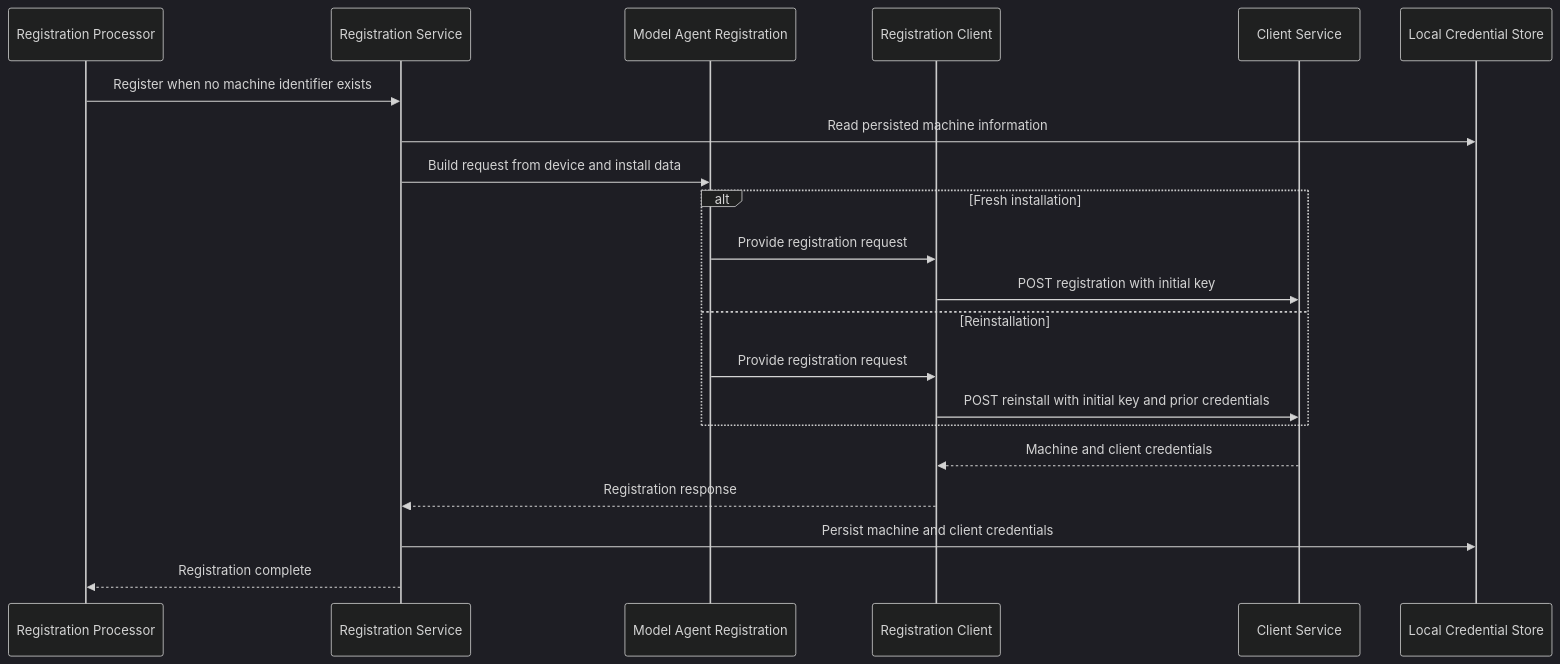
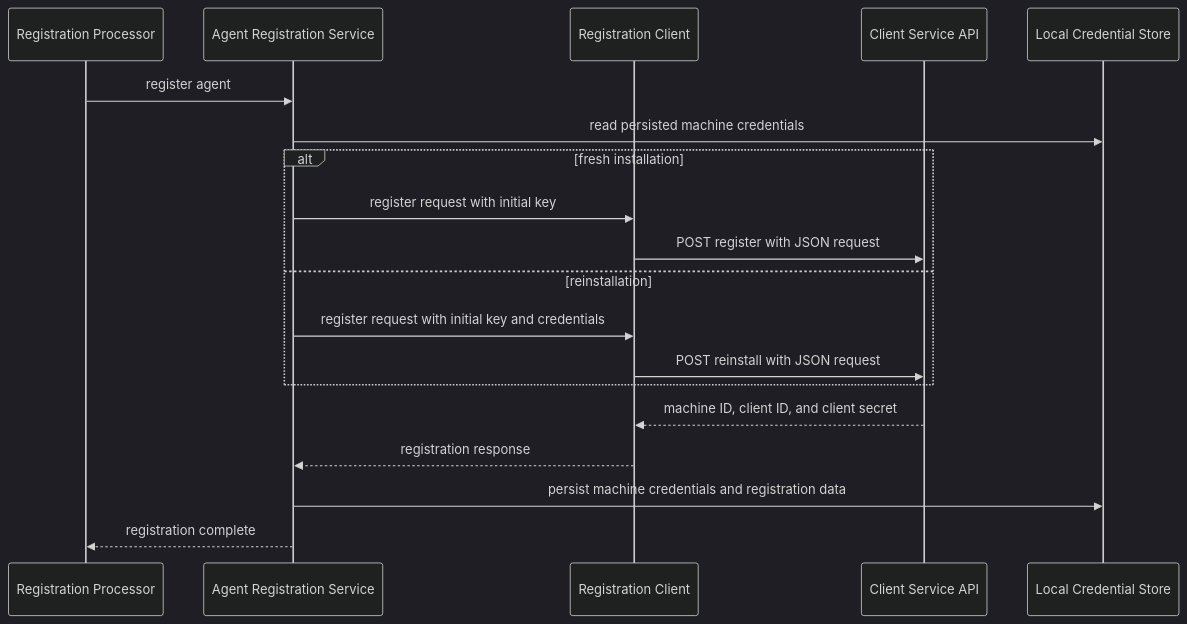
Before and after one commit to flamingo-stack/openframe-oss-tenant: the third of 4 diagrams in docs/reference/architecture/openframe-client-core/model-agent-registration/model-agent-registration.md, drawn with Mermaid (dark theme). The commit also changed other lines of this file and 2377 other files, not shown here.

````diff
--- a/docs/reference/architecture/openframe-client-core/model-agent-registration/model-agent-registration.md
+++ b/docs/reference/architecture/openframe-client-core/model-agent-registration/model-agent-registration.md
@@ -96,23 +80,21 @@
 ```mermaid
 sequenceDiagram
     participant Processor as Registration Processor
-    participant Service as Registration Service
-    participant Model as Model Agent Registration
+    participant Service as Agent Registration Service
     participant Client as Registration Client
-    participant Server as Client Service
+    participant Api as Client Service API
     participant Store as Local Credential Store
-    Processor->>Service: Register when no machine identifier exists
-    Service->>Store: Read persisted machine information
-    Service->>Model: Build request from device and install data
-    alt Fresh installation
-        Model->>Client: Provide registration request
-        Client->>Server: POST registration with initial key
-    else Reinstallation
-        Model->>Client: Provide registration request
-        Client->>Server: POST reinstall with initial key and prior credentials
+    Processor->>Service: register agent
+    Service->>Store: read persisted machine credentials
+    alt fresh installation
+        Service->>Client: register request with initial key
+        Client->>Api: POST register with JSON request
+    else reinstallation
+        Service->>Client: register request with initial key and credentials
+        Client->>Api: POST reinstall with JSON request
     end
-    Server-->>Client: Machine and client credentials
-    Client-->>Service: Registration response
-    Service->>Store: Persist machine and client credentials
-    Service-->>Processor: Registration complete
+    Api-->>Client: machine ID, client ID, and client secret
+    Client-->>Service: registration response
+    Service->>Store: persist machine credentials and registration data
+    Service-->>Processor: registration complete
 ```
````
